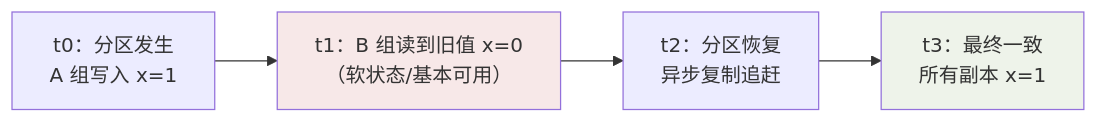
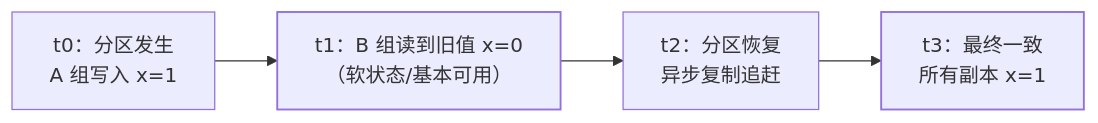
One commit to Loadhao/ascension changed the second of 2 diagrams in src/content/docs/distributed/basic/theory/01-cap-base.md. Above: the diagram before and after it, drawn with Mermaid. The commit also changed other lines of this file and 87 other files, not shown here.

First line of the commit message:
fix: 全站图表配色改由主题接管，修复暗色主题下浅底浅字看不清

````diff
--- a/src/content/docs/distributed/basic/theory/01-cap-base.md
+++ b/src/content/docs/distributed/basic/theory/01-cap-base.md
@@ -63,9 +65,11 @@
 ```mermaid
 flowchart LR
     T1["t0：分区发生<br/>A 组写入 x=1"] --> T2["t1：B 组读到旧值 x=0<br/>（软状态/基本可用）"]
     T2 --> T3["t2：分区恢复<br/>异步复制追赶"]
     T3 --> T4["t3：最终一致<br/>所有副本 x=1"]
 
-    style T2 fill:#f7e8e8
-    style T4 fill:#eef3ea
+    class T2 bad
+    class T4 good
+    classDef bad stroke-width:1.5px
+    classDef good stroke-width:1.5px
 ```
````
